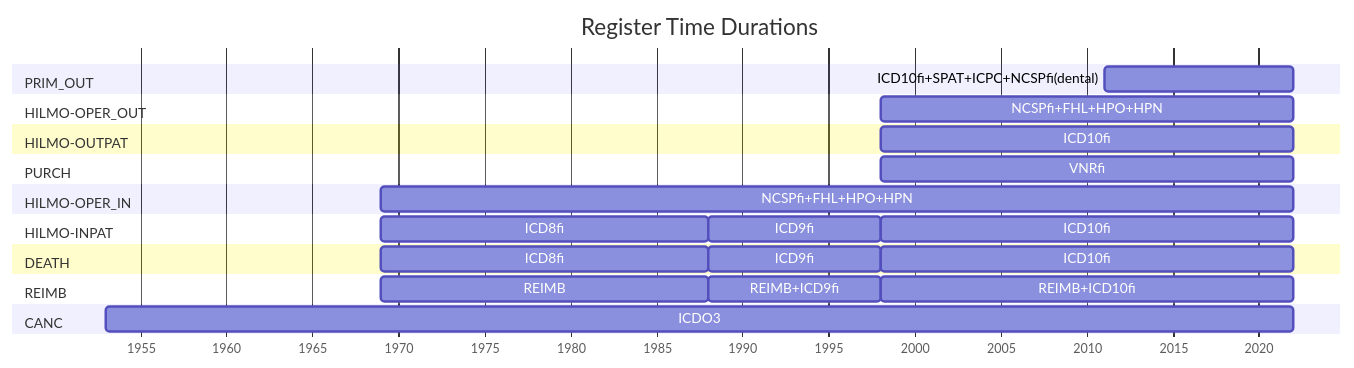
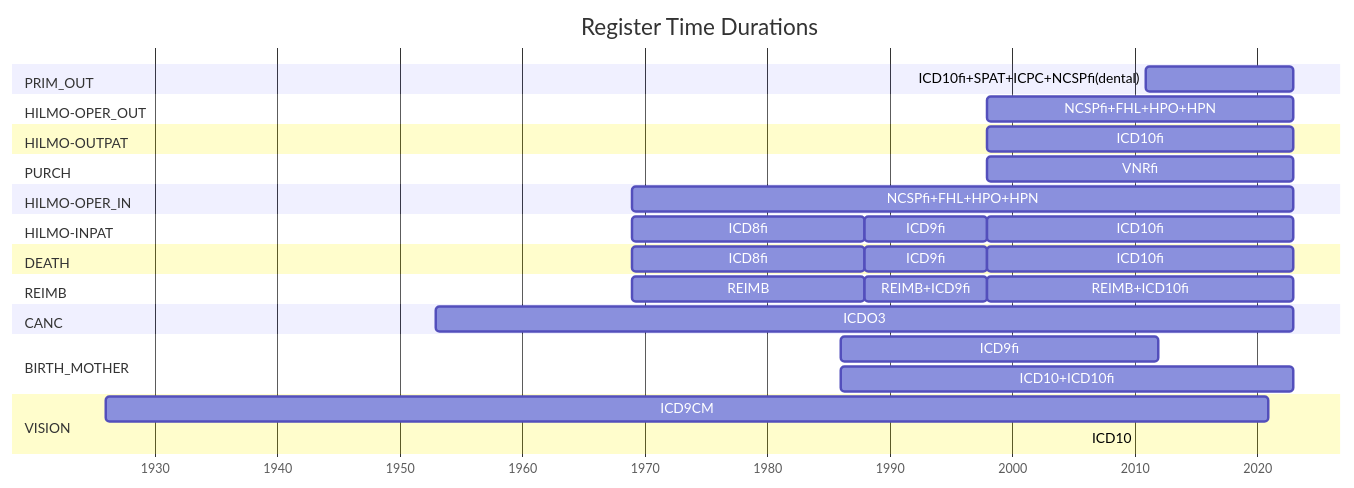
Before and after one commit to FINNGEN/ETL: the diagram in 2_etl_specifications/documentation/appendix_registers_time_duration.md, drawn with Mermaid. The commit also changed 1 other file, not shown here.

Commit message:
Added Appendix tables for birth and vision

````diff
--- a/2_etl_specifications/documentation/appendix_registers_time_duration.md
+++ b/2_etl_specifications/documentation/appendix_registers_time_duration.md
@@ -14,42 +14,50 @@
 ```mermaid 
 ---
 displayMode: compact
 ---
 gantt
     title Register Time Durations
     dateFormat YYYY
     axisFormat %Y
 
     section PRIM_OUT
-    ICD10fi+SPAT+ICPC+NCSPfi(dental)       : 2011, 2022
+    ICD10fi+SPAT+ICPC+NCSPfi(dental)       : 2011, 2023
 
     section HILMO-OPER_OUT
-    NCSPfi+FHL+HPO+HPN         : 1998, 2022
+    NCSPfi+FHL+HPO+HPN         : 1998, 2023
 
     section HILMO-OUTPAT
-    ICD10fi         : 1998, 2022
+    ICD10fi         : 1998, 2023
 
     section PURCH
-    VNRfi         : 1998, 2022
+    VNRfi         : 1998, 2023
 
     section HILMO-OPER_IN
-    NCSPfi+FHL+HPO+HPN         : 1969, 2022
+    NCSPfi+FHL+HPO+HPN         : 1969, 2023
 
     section HILMO-INPAT
     ICD8fi         : 1969, 1988
     ICD9fi         : 1988, 1998
-    ICD10fi        : 1998, 2022
+    ICD10fi        : 1998, 2023
 
     section DEATH
     ICD8fi         : 1969, 1988
     ICD9fi         : 1988, 1998
-    ICD10fi        : 1998, 2022
+    ICD10fi        : 1998, 2023
 
     section REIMB
     REIMB         : 1969, 1988
     REIMB+ICD9fi   : 1988, 1998
-    REIMB+ICD10fi  : 1998, 2022
+    REIMB+ICD10fi  : 1998, 2023
 
     section CANC
-    ICDO3            : 1953, 2022
+    ICDO3            : 1953, 2023
+    
+    section BIRTH_MOTHER
+    ICD9fi           : 1986, 2012
+    ICD10+ICD10fi            : 1986, 2023
+    
+    section VISION
+    ICD9CM            : 1926, 2021
+    ICD10           : 2006, 2006
 ```
````
